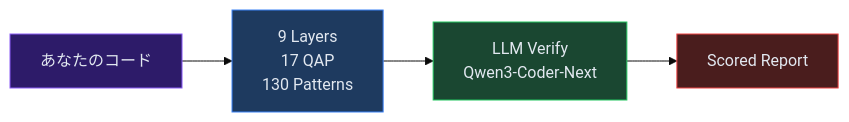
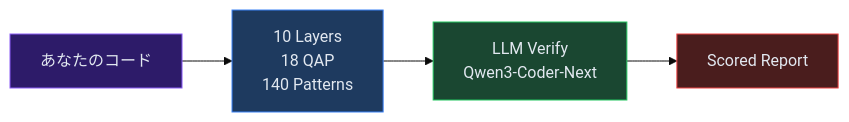
The first of 18 diagrams in README.md (ohyesiamy/web-anomaly-detector), drawn with Mermaid (base theme) before and after one commit. The commit also changed other lines of this file and 10 other files, not shown here.

````diff
--- a/README.md
+++ b/README.md
@@ -17,11 +17,11 @@
 ```mermaid
 graph LR
-    A["あなたのコード"] --> B["9 Layers\n17 QAP\n130 Patterns"]
+    A["あなたのコード"] --> B["10 Layers\n18 QAP\n140 Patterns"]
     B --> C["LLM Verify\nQwen3-Coder-Next"]
     C --> D["Scored Report"]
 
     style A fill:#2d1b69,stroke:#8b5cf6,color:#e2e8f0
     style B fill:#1e3a5f,stroke:#3b82f6,color:#e2e8f0
     style C fill:#1a4731,stroke:#22c55e,color:#e2e8f0
     style D fill:#4a1d1d,stroke:#ef4444,color:#e2e8f0
 ```
````
